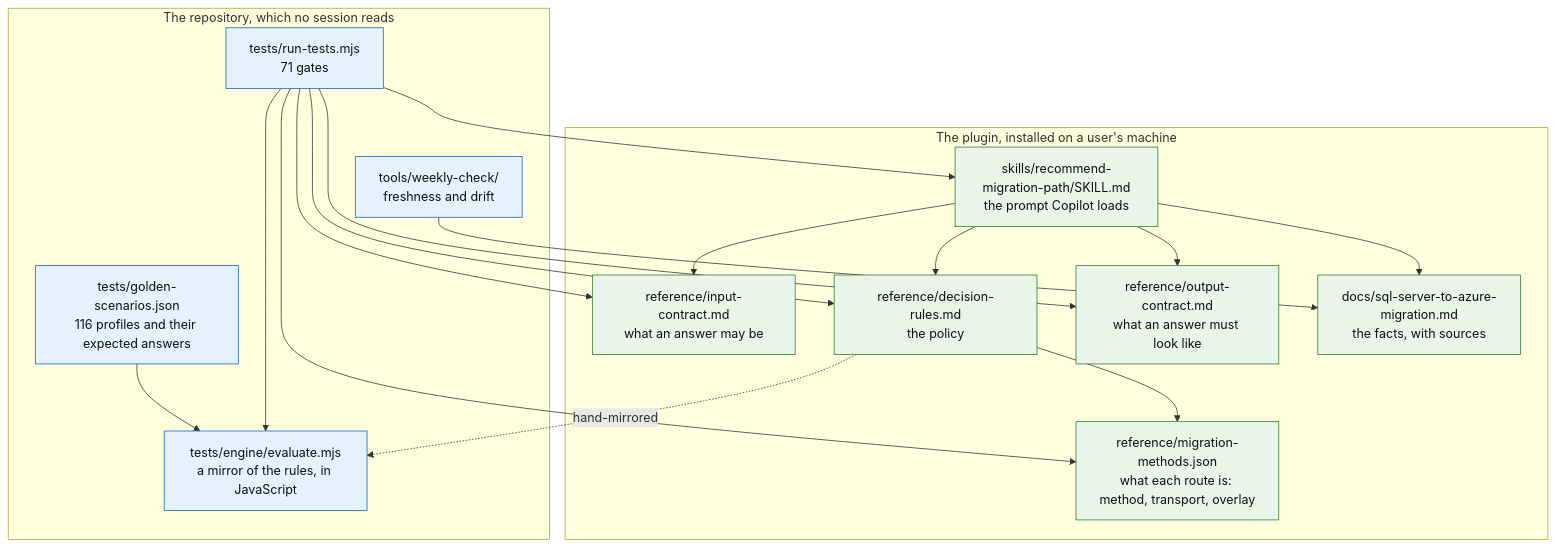
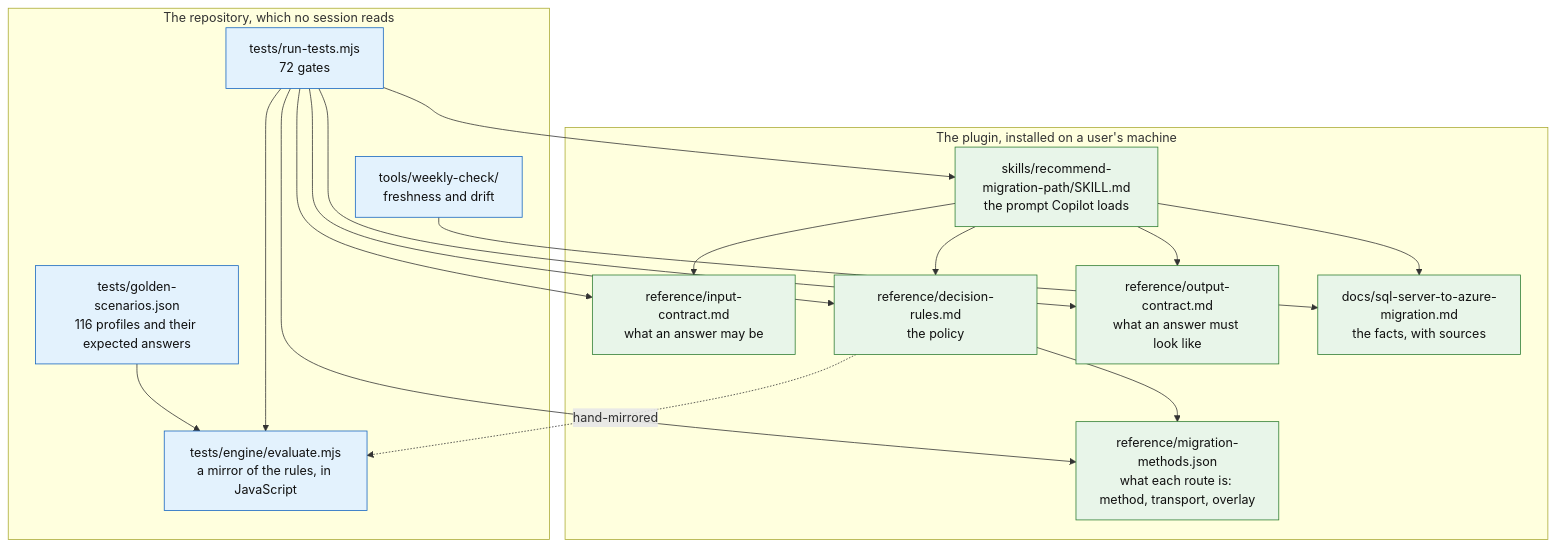
One commit to fredgis/sql-migration-advisor changed the first of 3 diagrams in docs/ARCHITECTURE.md. Above: the diagram before and after it, drawn with Mermaid. The commit also changed other lines of this file and 25 other files, not shown here.

````diff
--- a/docs/ARCHITECTURE.md
+++ b/docs/ARCHITECTURE.md
@@ -28,38 +28,38 @@
 ```mermaid
 flowchart TD
     subgraph plugin["The plugin, installed on a user's machine"]
       SK["skills/recommend-migration-path/SKILL.md<br/>the prompt Copilot loads"]
       IC["reference/input-contract.md<br/>what an answer may be"]
       DR["reference/decision-rules.md<br/>the policy"]
       OC["reference/output-contract.md<br/>what an answer must look like"]
       MM["reference/migration-methods.json<br/>what each route is: method, transport, overlay"]
       KB["docs/sql-server-to-azure-migration.md<br/>the facts, with sources"]
     end
 
     subgraph repo["The repository, which no session reads"]
       EN["tests/engine/evaluate.mjs<br/>a mirror of the rules, in JavaScript"]
       GS["tests/golden-scenarios.json<br/>116 profiles and their expected answers"]
-      GA["tests/run-tests.mjs<br/>71 gates"]
+      GA["tests/run-tests.mjs<br/>72 gates"]
       WK["tools/weekly-check/<br/>freshness and drift"]
     end
 
     SK --> IC
     SK --> DR
     SK --> OC
     SK --> KB
     DR --> MM
     DR -.->|hand-mirrored| EN
     GS --> EN
     GA --> EN
     GA --> SK
     GA --> IC
     GA --> DR
     GA --> OC
     GA --> MM
     WK --> KB
 
     classDef live fill:#e8f5e9,stroke:#2e7d32,color:#111
     classDef test fill:#e3f2fd,stroke:#1565c0,color:#111
     class SK,IC,DR,OC,KB,MM live
     class EN,GS,GA,WK test
 ```
````
